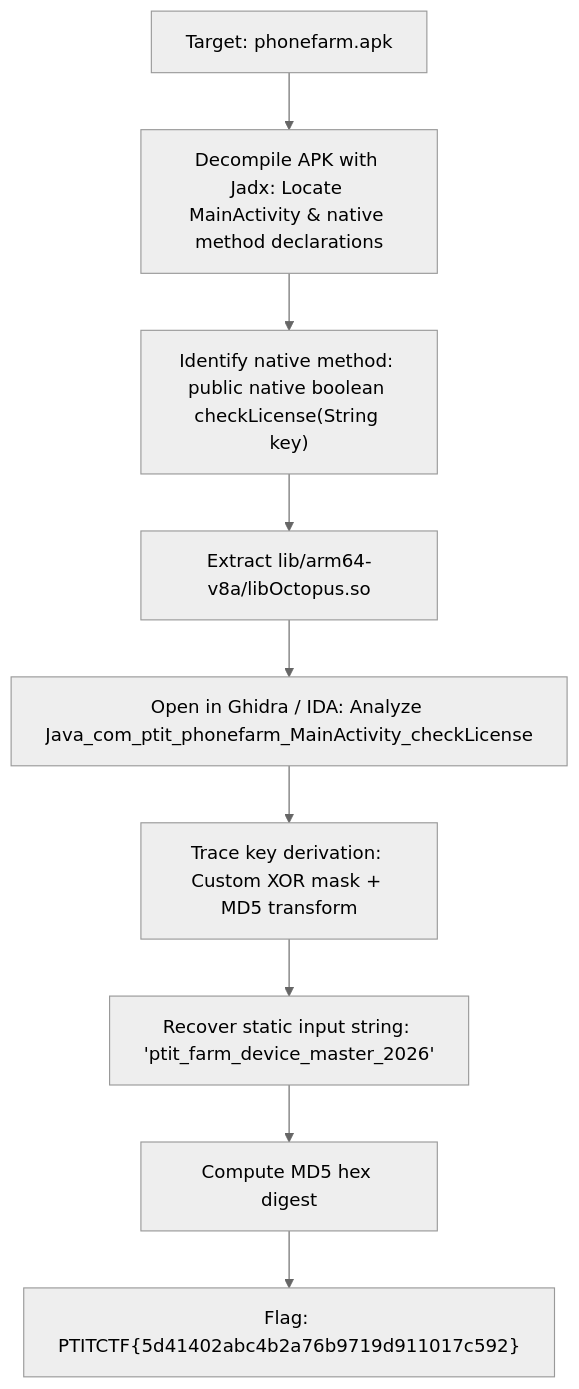
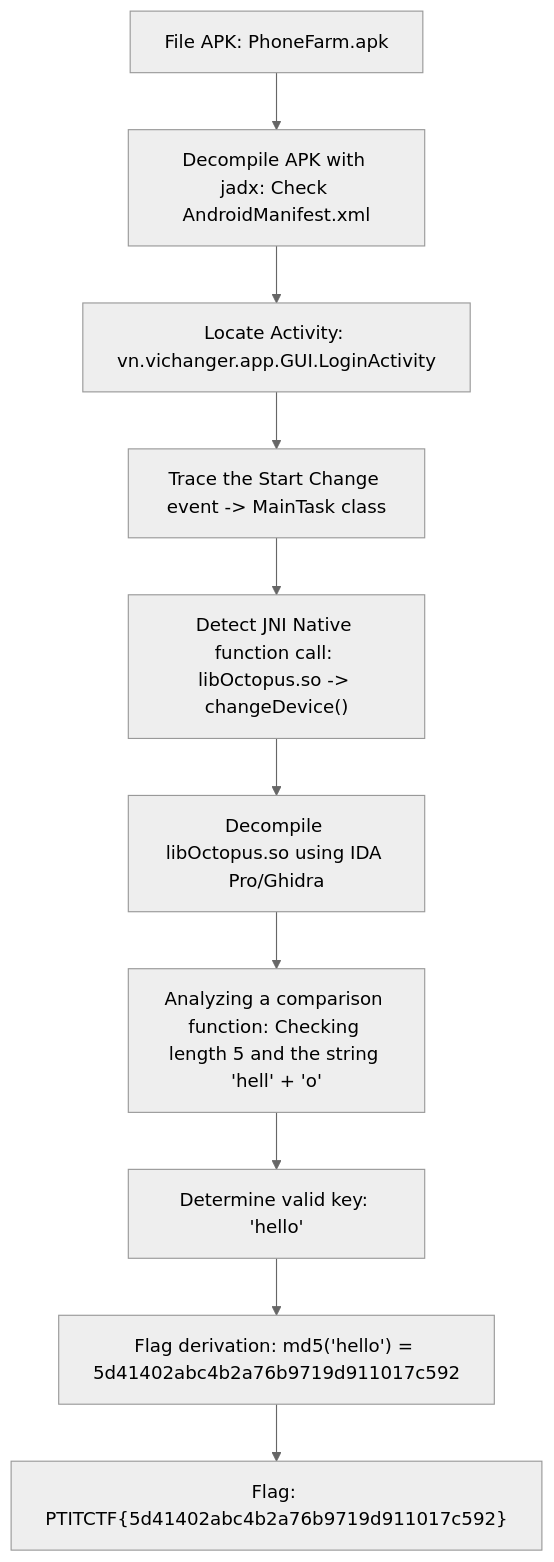
Before and after one commit to Lizamort1/ctf-writeups: the second of 2 diagrams in _posts/2026-08-22-phonefarm.md, drawn with Mermaid (neutral theme). The commit also changed other lines of this file and 42 other files, not shown here.

Commit message:
fix: synchronize bilingual writeups and redraw diagrams

````diff
--- a/_posts/2026-08-22-phonefarm.md
+++ b/_posts/2026-08-22-phonefarm.md
@@ -102,11 +103,12 @@
 ```mermaid
 flowchart TD
-    A["Target: phonefarm.apk"] --> B["Decompile APK with Jadx: Locate MainActivity & native method declarations"]
-    B --> C["Identify native method: public native boolean checkLicense(String key)"]
-    C --> D["Extract lib/arm64-v8a/libOctopus.so"]
-    D --> E["Open in Ghidra / IDA: Analyze Java_com_ptit_phonefarm_MainActivity_checkLicense"]
-    E --> F["Trace key derivation: Custom XOR mask + MD5 transform"]
-    F --> G["Recover static input string: 'ptit_farm_device_master_2026'"]
-    G --> H["Compute MD5 hex digest"]
-    H --> I["Flag: PTITCTF{5d41402abc4b2a76b9719d911017c592}"]
+    A["File APK: PhoneFarm.apk"] --> B["Decompile APK with jadx: Check AndroidManifest.xml"]
+    B --> C["Locate Activity: vn.vichanger.app.GUI.LoginActivity"]
+    C --> D["Trace the Start Change event -> MainTask class"]
+    D --> E["Detect JNI Native function call: libOctopus.so -> changeDevice()"]
+    E --> F["Decompile libOctopus.so using IDA Pro/Ghidra"]
+    F --> G["Analyzing a comparison function: Checking length 5 and the string 'hell' + 'o'"]
+    G --> H["Determine valid key: 'hello'"]
+    H --> I["Flag derivation: md5('hello') = 5d41402abc4b2a76b9719d911017c592"]
+    I --> J["Flag: PTITCTF{5d41402abc4b2a76b9719d911017c592}"]
 ```
````
